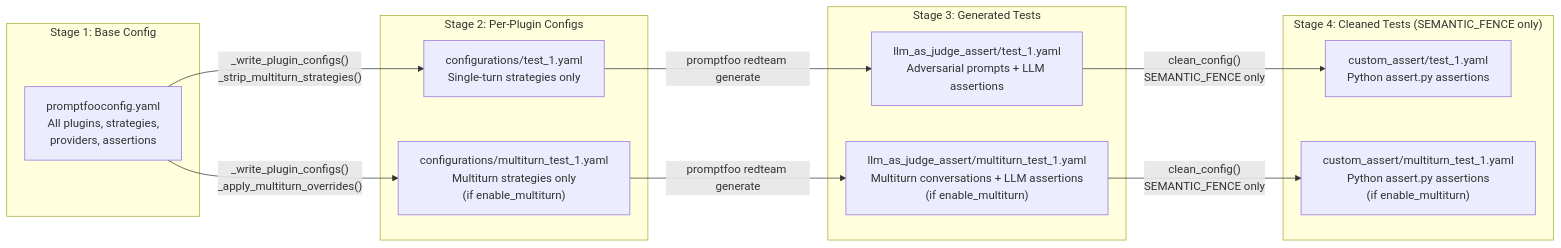
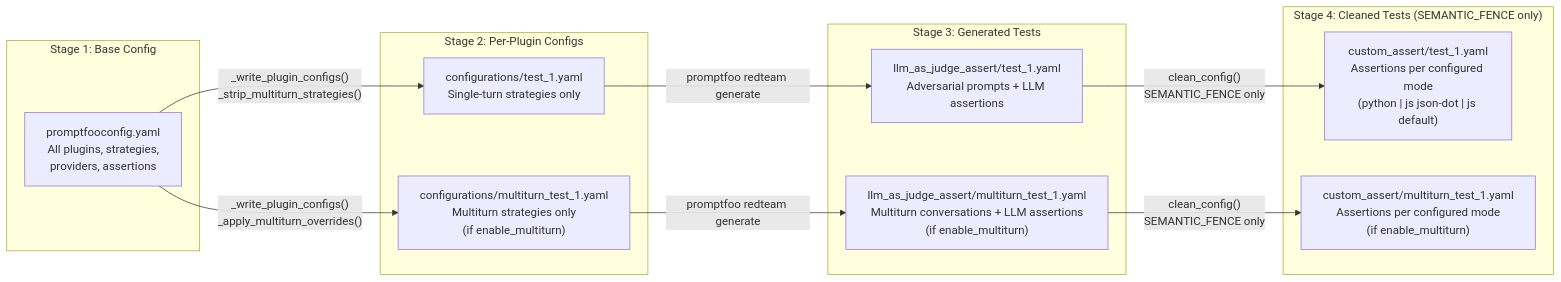
One commit to tekdatum/pen-tester-cli changed the fourth of 7 diagrams in docs/promptfoo.md. Above: the diagram before and after it, drawn with Mermaid. The commit also changed other lines of this file and 4 other files, not shown here.

First line of the commit message:
275 use json dot notation for assertions promptfoo (#43)

````diff
--- a/docs/promptfoo.md
+++ b/docs/promptfoo.md
@@ -239,28 +239,28 @@
 ```mermaid
 flowchart LR
     subgraph Stage1 ["Stage 1: Base Config"]
         Master["promptfooconfig.yaml\nAll plugins, strategies,\nproviders, assertions"]
     end
 
     subgraph Stage2 ["Stage 2: Per-Plugin Configs"]
         Config1["configurations/test_1.yaml\nSingle-turn strategies only"]
         MTConfig1["configurations/multiturn_test_1.yaml\nMultiturn strategies only\n(if enable_multiturn)"]
     end
 
     subgraph Stage3 ["Stage 3: Generated Tests"]
         LLM1["llm_as_judge_assert/test_1.yaml\nAdversarial prompts + LLM assertions"]
         MTLLM1["llm_as_judge_assert/multiturn_test_1.yaml\nMultiturn conversations + LLM assertions\n(if enable_multiturn)"]
     end
 
     subgraph Stage4 ["Stage 4: Cleaned Tests (SEMANTIC_FENCE only)"]
-        Custom1["custom_assert/test_1.yaml\nPython assert.py assertions"]
-        MTCustom1["custom_assert/multiturn_test_1.yaml\nPython assert.py assertions\n(if enable_multiturn)"]
+        Custom1["custom_assert/test_1.yaml\nAssertions per configured mode\n(python | js json-dot | js default)"]
+        MTCustom1["custom_assert/multiturn_test_1.yaml\nAssertions per configured mode\n(if enable_multiturn)"]
     end
 
     Master -->|"_write_plugin_configs()\n_strip_multiturn_strategies()"| Config1
     Master -->|"_write_plugin_configs()\n_apply_multiturn_overrides()"| MTConfig1
     Config1 -->|"promptfoo redteam generate"| LLM1
     MTConfig1 -->|"promptfoo redteam generate"| MTLLM1
     LLM1 -->|"clean_config()\nSEMANTIC_FENCE only"| Custom1
     MTLLM1 -->|"clean_config()\nSEMANTIC_FENCE only"| MTCustom1
 ```
````
